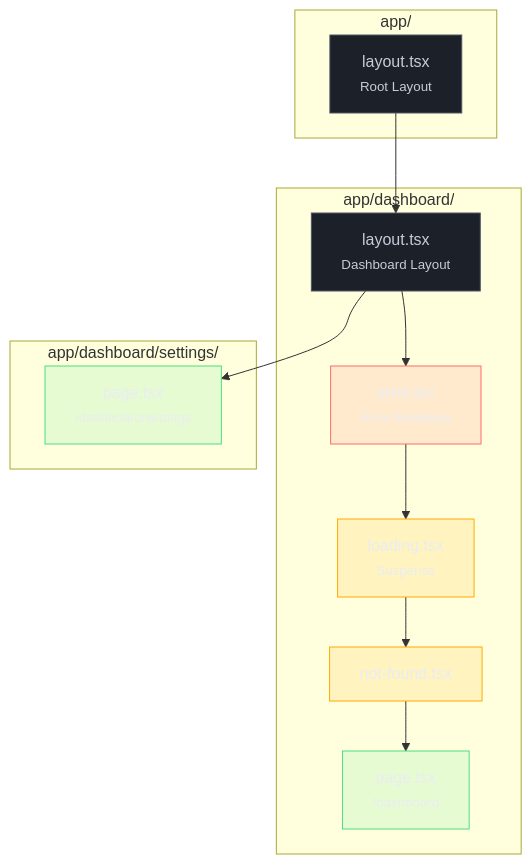
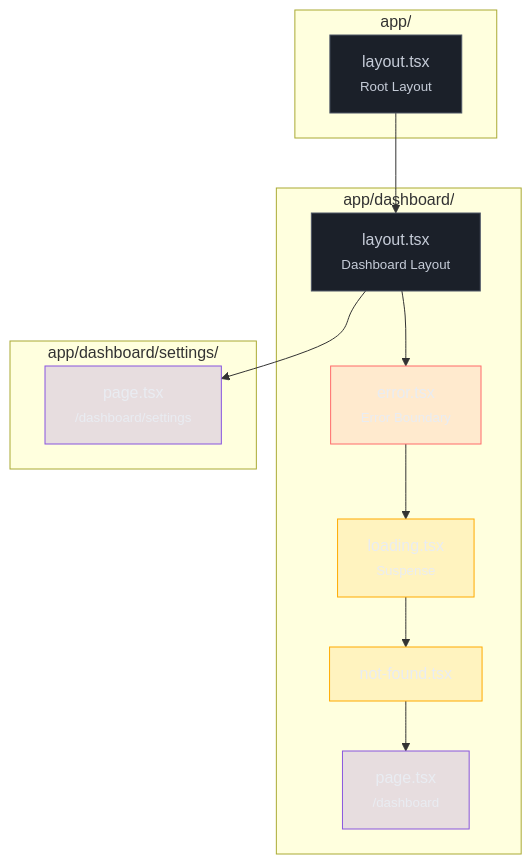
The diagram in 03-Dominios/Tecnologia/React/Next.js/03 - Estrutura de rotas - layouts, pages, loading, error.md (josenaldo/codex-technomanticus), drawn with Mermaid before and after one commit. The commit also changed 601 other files, not shown here.

````diff
--- a/03-Dominios/Tecnologia/React/Next.js/03 - Estrutura de rotas - layouts, pages, loading, error.md
+++ b/03-Dominios/Tecnologia/React/Next.js/03 - Estrutura de rotas - layouts, pages, loading, error.md
@@ -46,35 +46,35 @@
 ```mermaid
 graph TD
+    classDef marca fill:#8855DF33,stroke:#8855DF,color:#E9ECF2
     classDef neutro fill:#1B2029,stroke:#4E5666,color:#C6CCD8
     classDef falha fill:#FF6B6B24,stroke:#FF6B6B,color:#E9ECF2
     classDef destaque fill:#FFAA0024,stroke:#FFAA00,color:#E9ECF2
-    classDef ok fill:#4ADE8021,stroke:#4ADE80,color:#E9ECF2
     subgraph app/
         RL[layout.tsx<br/><small>Root Layout</small>]
     end
     subgraph app/dashboard/
         DL[layout.tsx<br/><small>Dashboard Layout</small>]
         ERR[error.tsx<br/><small>Error Boundary</small>]
         LOAD[loading.tsx<br/><small>Suspense</small>]
         NF[not-found.tsx]
         PAGE[page.tsx<br/><small>/dashboard</small>]
     end
     subgraph app/dashboard/settings/
         SP[page.tsx<br/><small>/dashboard/settings</small>]
     end
 
     RL --> DL
     DL --> ERR
     ERR --> LOAD
     LOAD --> NF
     NF --> PAGE
     DL --> SP
 
     class RL neutro
     class DL neutro
     class ERR falha
     class LOAD destaque
     class NF destaque
-    class PAGE ok
-    class SP ok
+    class PAGE marca
+    class SP marca
 ```
````
